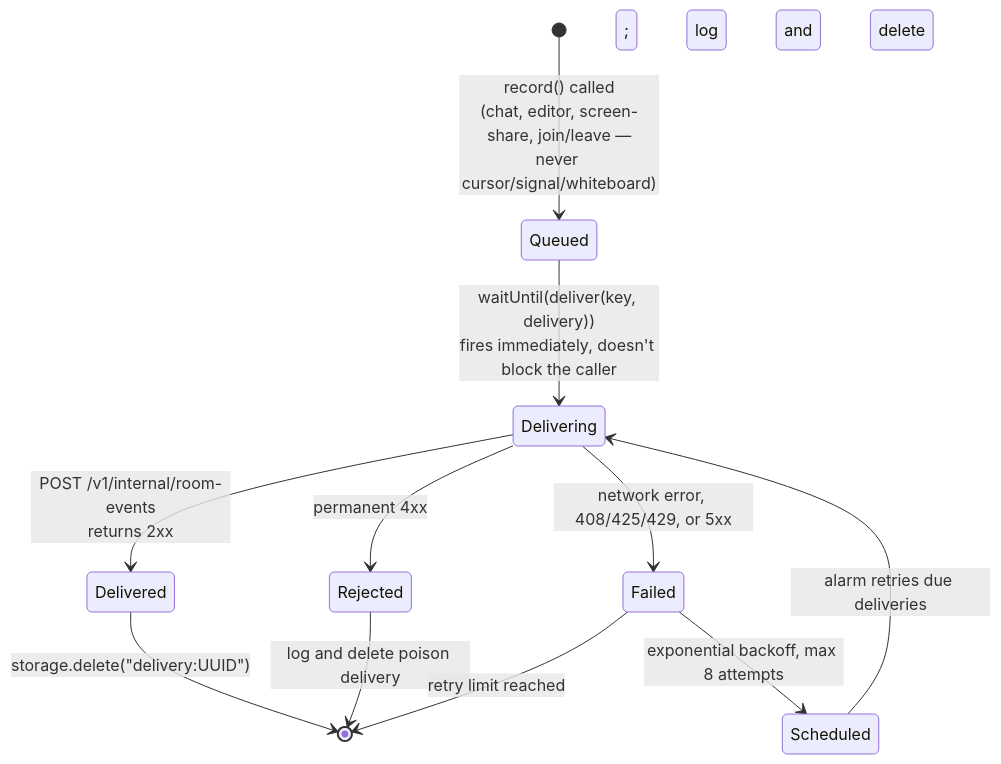
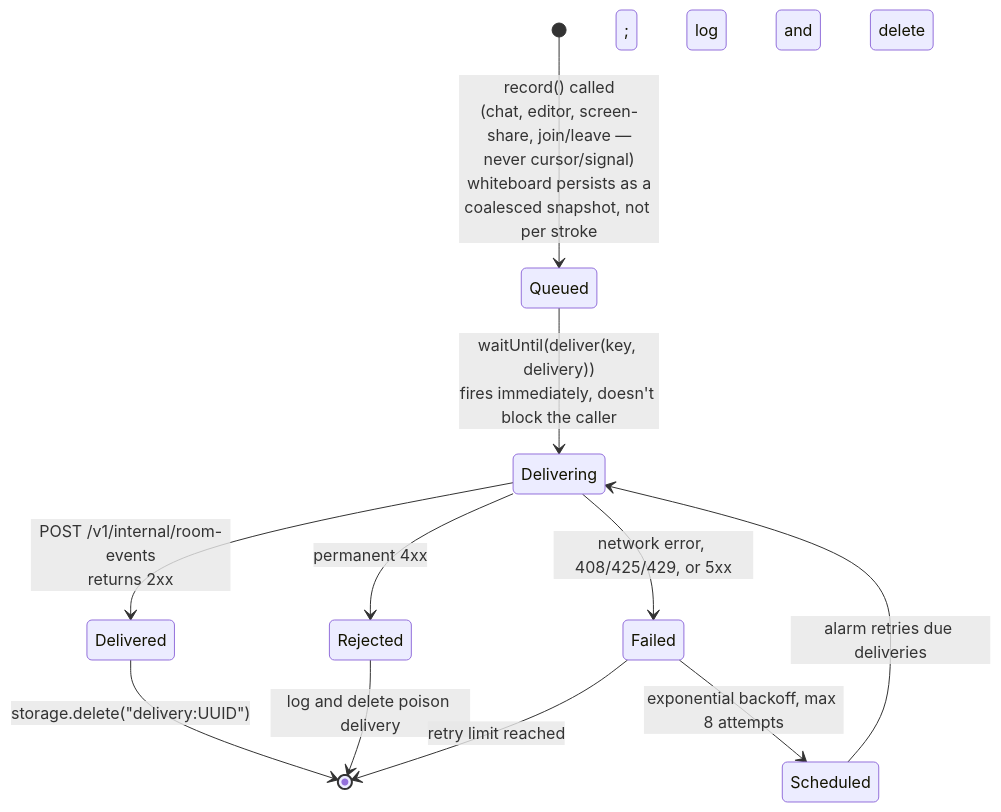
One commit to hoangsonww/Threadline-RealTime-Collab changed the second of 6 diagrams in docs/realtime.md. Above: the diagram before and after it, drawn with Mermaid. The commit also changed other lines of this file and 3 other files, not shown here.

````diff
--- a/docs/realtime.md
+++ b/docs/realtime.md
@@ -34,13 +34,13 @@
 ```mermaid
 stateDiagram-v2
-    [*] --> Queued: record() called<br/>(chat, editor, screen-share, join/leave —<br/>never cursor/signal/whiteboard)
+    [*] --> Queued: record() called<br/>(chat, editor, screen-share, join/leave —<br/>never cursor/signal)<br/>whiteboard persists as a<br/>coalesced snapshot, not per stroke
     Queued --> Delivering: waitUntil(deliver(key, delivery))<br/>fires immediately, doesn't block the caller
     Delivering --> Delivered: POST /v1/internal/room-events<br/>returns 2xx
     Delivered --> [*]: storage.delete("delivery:UUID")
     Delivering --> Rejected: permanent 4xx
     Rejected --> [*]: log and delete poison delivery
     Delivering --> Failed: network error, 408/425/429, or 5xx
     Failed --> Scheduled: exponential backoff, max 8 attempts
     Scheduled --> Delivering: alarm retries due deliveries
     Failed --> [*]: retry limit reached; log and delete
 ```
````
